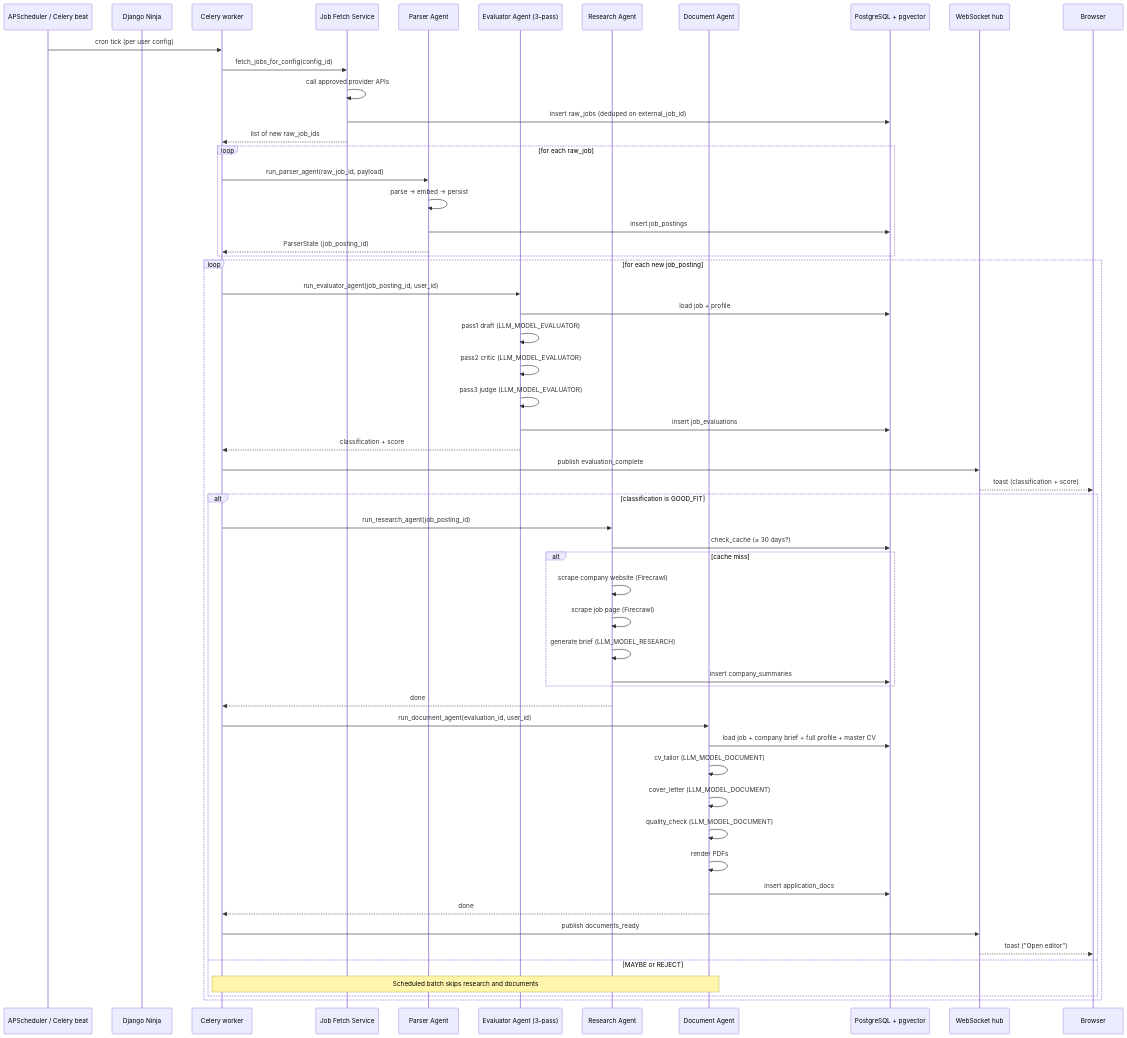
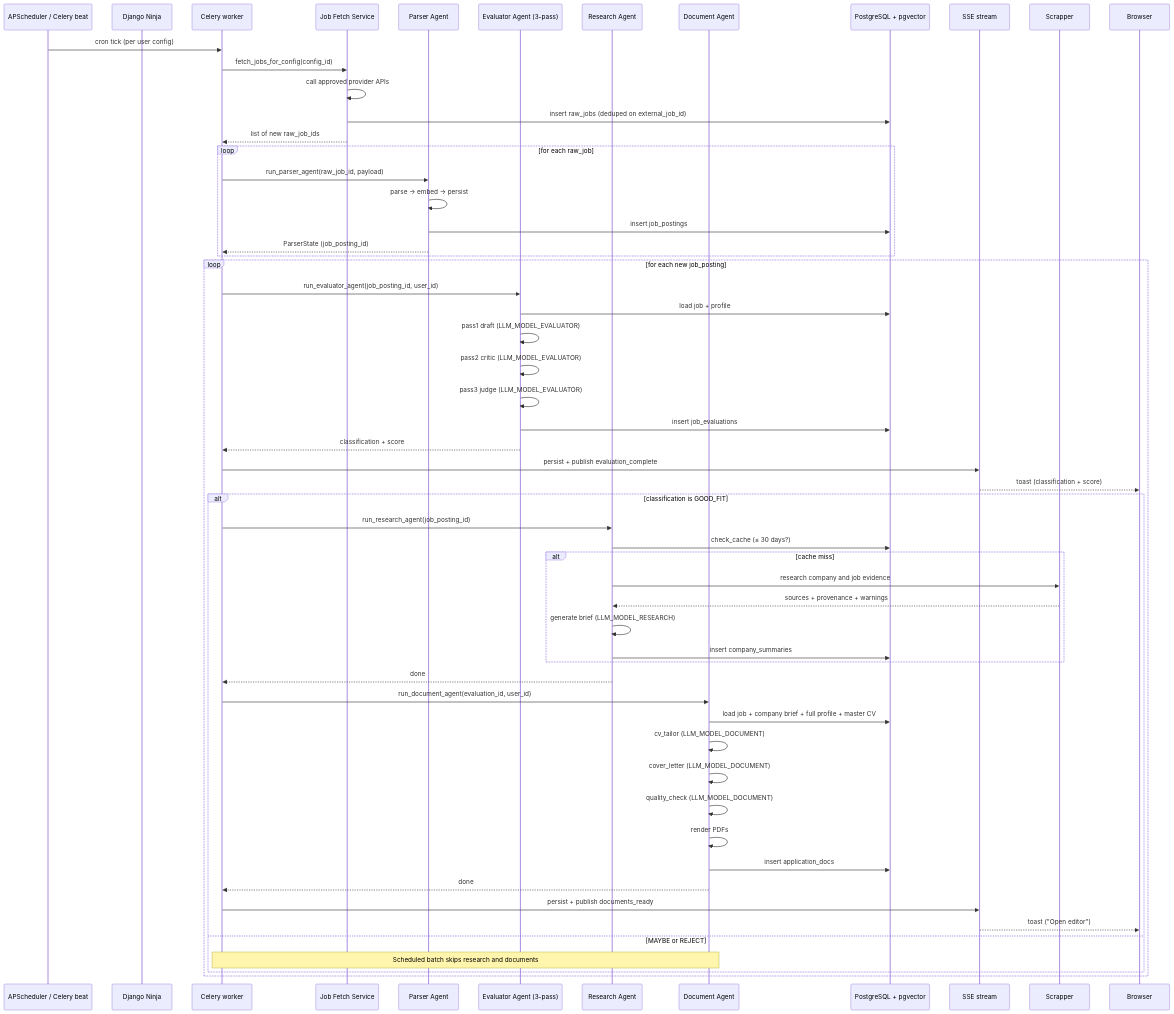
Before and after one commit to Gathondu/kaziro: the diagram in docs/architecture/diagrams/pipeline-sequence.md, drawn with Mermaid. The commit also changed other lines of this file and 114 other files, not shown here.

````diff
--- a/docs/architecture/diagrams/pipeline-sequence.md
+++ b/docs/architecture/diagrams/pipeline-sequence.md
@@ -11,65 +11,66 @@
 ```mermaid
 sequenceDiagram
   participant Sched as APScheduler / Celery beat
   participant API as Django Ninja
   participant Cel as Celery worker
   participant Fetch as Job Fetch Service
   participant Parse as Parser Agent
   participant Eval as Evaluator Agent (3-pass)
   participant Res as Research Agent
   participant Doc as Document Agent
   participant DB as PostgreSQL + pgvector
-  participant WS as WebSocket hub
+  participant SSE as SSE stream
+  participant Scrapper
   participant Browser
 
   Sched->>Cel: cron tick (per user config)
   Cel->>Fetch: fetch_jobs_for_config(config_id)
   Fetch->>Fetch: call approved provider APIs
   Fetch->>DB: insert raw_jobs (deduped on external_job_id)
   Fetch-->>Cel: list of new raw_job_ids
 
   loop for each raw_job
     Cel->>Parse: run_parser_agent(raw_job_id, payload)
     Parse->>Parse: parse → embed → persist
     Parse->>DB: insert job_postings
     Parse-->>Cel: ParserState (job_posting_id)
   end
 
   loop for each new job_posting
     Cel->>Eval: run_evaluator_agent(job_posting_id, user_id)
     Eval->>DB: load job + profile
     Eval->>Eval: pass1 draft (LLM_MODEL_EVALUATOR)
     Eval->>Eval: pass2 critic (LLM_MODEL_EVALUATOR)
     Eval->>Eval: pass3 judge (LLM_MODEL_EVALUATOR)
     Eval->>DB: insert job_evaluations
     Eval-->>Cel: classification + score
-    Cel->>WS: publish evaluation_complete
-    WS-->>Browser: toast (classification + score)
+    Cel->>SSE: persist + publish evaluation_complete
+    SSE-->>Browser: toast (classification + score)
 
     alt classification is GOOD_FIT
       Cel->>Res: run_research_agent(job_posting_id)
       Res->>DB: check_cache (≤ 30 days?)
 
       alt cache miss
-        Res->>Res: scrape company website (Firecrawl)
-        Res->>Res: scrape job page (Firecrawl)
+        Res->>Scrapper: research company and job evidence
+        Scrapper-->>Res: sources + provenance + warnings
         Res->>Res: generate brief (LLM_MODEL_RESEARCH)
         Res->>DB: insert company_summaries
       end
 
       Res-->>Cel: done
       Cel->>Doc: run_document_agent(evaluation_id, user_id)
       Doc->>DB: load job + company brief + full profile + master CV
       Doc->>Doc: cv_tailor (LLM_MODEL_DOCUMENT)
       Doc->>Doc: cover_letter (LLM_MODEL_DOCUMENT)
       Doc->>Doc: quality_check (LLM_MODEL_DOCUMENT)
       Doc->>Doc: render PDFs
       Doc->>DB: insert application_docs
       Doc-->>Cel: done
-      Cel->>WS: publish documents_ready
-      WS-->>Browser: toast ("Open editor")
+      Cel->>SSE: persist + publish documents_ready
+      SSE-->>Browser: toast ("Open editor")
     else MAYBE or REJECT
       Note over Cel,Doc: Scheduled batch skips research and documents
     end
   end
 ```
````
